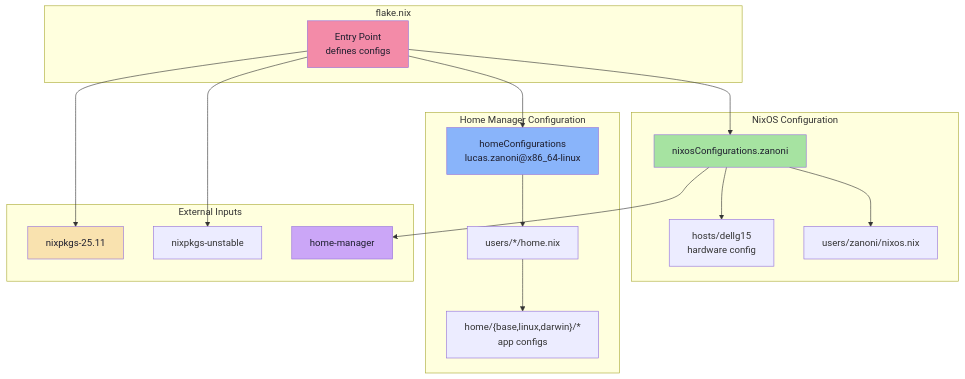
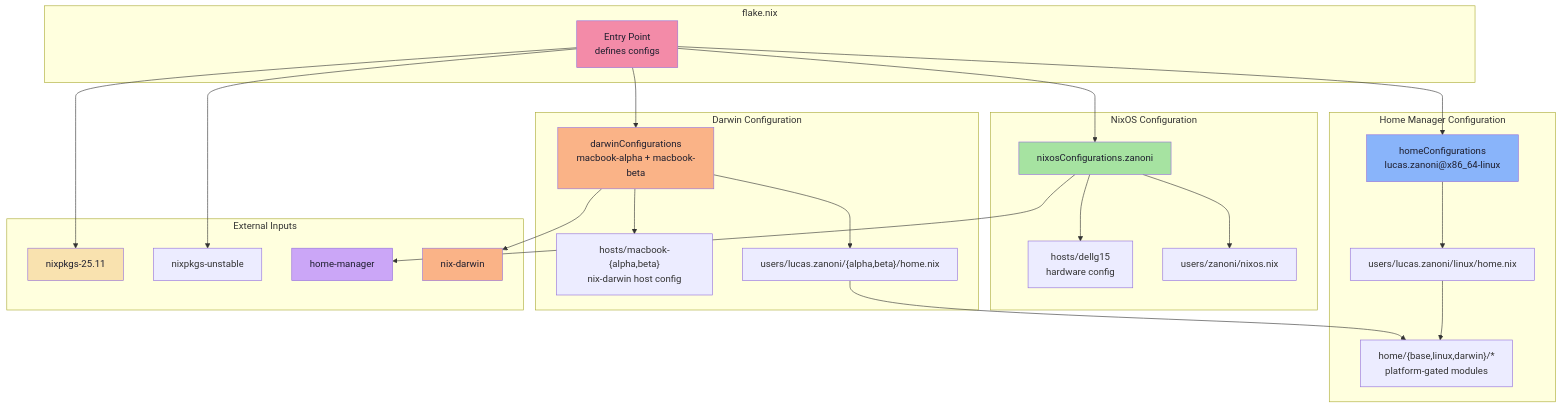
Before and after one commit to Castrozan/.dotfiles: the diagram in README.md, drawn with Mermaid. The commit also changed other lines of this file, not shown here.

First line of the commit message:
docs(README): refresh structure section + mermaid diagram for multi-machine

````diff
--- a/README.md
+++ b/README.md
@@ -141,43 +141,58 @@
 ```mermaid
 graph TD
     subgraph "flake.nix"
         Flake["Entry Point<br/>defines configs"]
     end
 
     subgraph "NixOS Configuration"
         NixOS["nixosConfigurations.zanoni"]
         Host["hosts/dellg15<br/>hardware config"]
         UserNixOS["users/zanoni/nixos.nix"]
     end
 
+    subgraph "Darwin Configuration"
+        Darwin["darwinConfigurations<br/>macbook-alpha + macbook-beta"]
+        DarwinHost["hosts/macbook-{alpha,beta}<br/>nix-darwin host config"]
+        DarwinHome["users/lucas.zanoni/{alpha,beta}/home.nix"]
+    end
+
     subgraph "Home Manager Configuration"
         HomeStandalone["homeConfigurations<br/>lucas.zanoni@x86_64-linux"]
-        UserHome["users/*/home.nix"]
-        Modules["home/{base,linux,darwin}/*<br/>app configs"]
+        UserHome["users/lucas.zanoni/linux/home.nix"]
+        Modules["home/{base,linux,darwin}/*<br/>platform-gated modules"]
     end
 
     subgraph "External Inputs"
         Nixpkgs["nixpkgs-25.11"]
         Unstable["nixpkgs-unstable"]
         HM["home-manager"]
+        ND["nix-darwin"]
     end
 
     Flake --> NixOS
+    Flake --> Darwin
     Flake --> HomeStandalone
-    
+
     NixOS --> Host
     NixOS --> UserNixOS
     NixOS --> HM
-    
+
+    Darwin --> DarwinHost
+    Darwin --> DarwinHome
+    Darwin --> ND
+
     HomeStandalone --> UserHome
     UserHome --> Modules
+    DarwinHome --> Modules
     
     Flake --> Nixpkgs
     Flake --> Unstable
 
     style Flake fill:#f38ba8,color:#1e1e2e
     style NixOS fill:#a6e3a1,color:#1e1e2e
+    style Darwin fill:#fab387,color:#1e1e2e
     style HomeStandalone fill:#89b4fa,color:#1e1e2e
     style Nixpkgs fill:#f9e2af,color:#1e1e2e
     style HM fill:#cba6f7,color:#1e1e2e
+    style ND fill:#fab387,color:#1e1e2e
 ```
````
